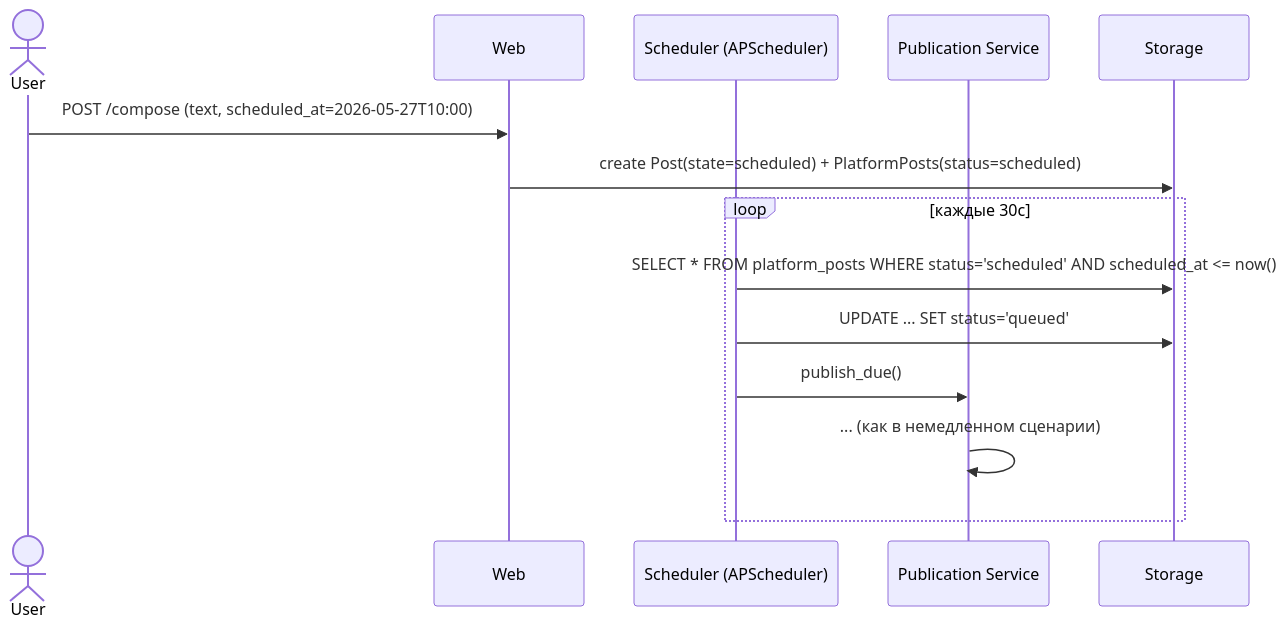
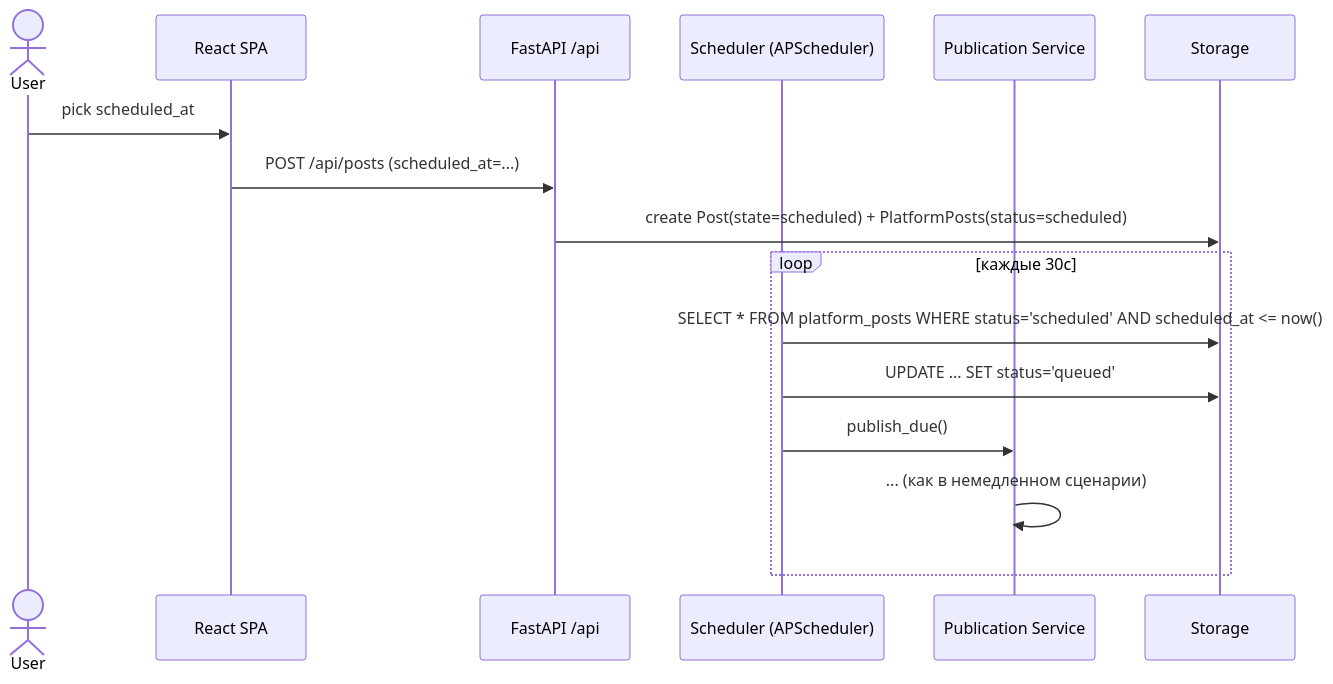
The second of 2 diagrams in ARCHITECTURE.md (fromfedorov/onepost), drawn with Mermaid before and after one commit. The commit also changed other lines of this file and 12 other files, not shown here.

````diff
--- a/ARCHITECTURE.md
+++ b/ARCHITECTURE.md
@@ -313,17 +345,19 @@
 ```mermaid
 sequenceDiagram
     actor U as User
-    participant W as Web
+    participant FE as React SPA
+    participant API as FastAPI /api
     participant S as Scheduler (APScheduler)
     participant P as Publication Service
     participant DB as Storage
 
-    U->>W: POST /compose (text, scheduled_at=2026-05-27T10:00)
-    W->>DB: create Post(state=scheduled) + PlatformPosts(status=scheduled)
+    U->>FE: pick scheduled_at
+    FE->>API: POST /api/posts (scheduled_at=...)
+    API->>DB: create Post(state=scheduled) + PlatformPosts(status=scheduled)
     loop каждые 30с
         S->>DB: SELECT * FROM platform_posts WHERE status='scheduled' AND scheduled_at <= now()
         S->>DB: UPDATE ... SET status='queued'
         S->>P: publish_due()
         P->>P: ... (как в немедленном сценарии)
     end
 ```
````
